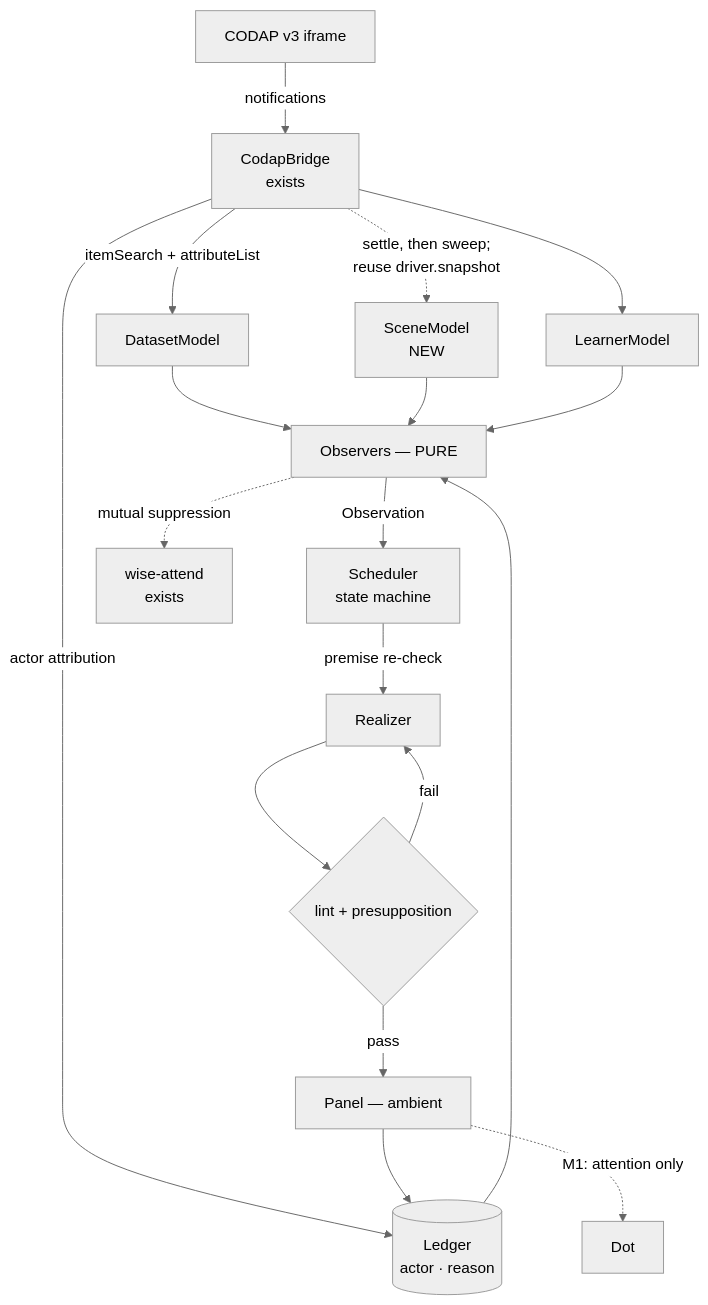
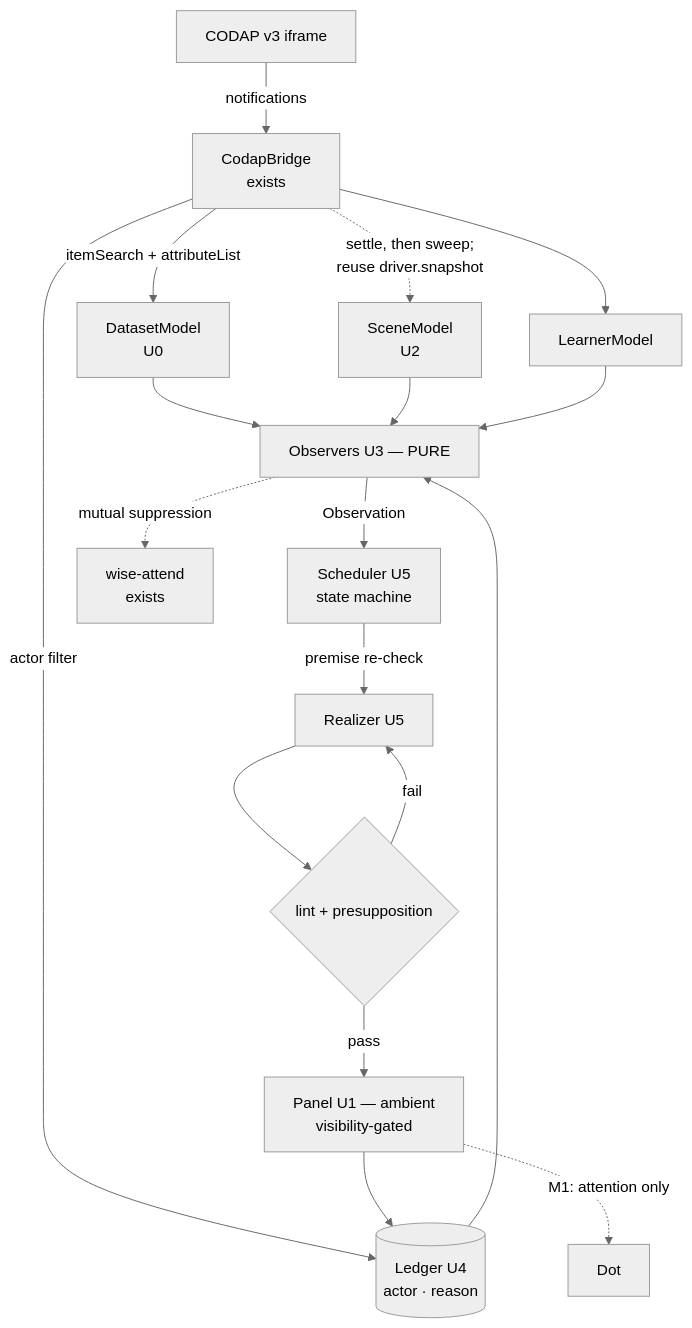
One commit to chaddorsey/codap-spirit-animal changed the diagram in docs/plans/2026-08-28-001-feat-wonderings-ambient-inquiry-plan.md. Above: the diagram before and after it, drawn with Mermaid (neutral theme). The commit also changed other lines of this file and 1 other file, not shown here.

````diff
--- a/docs/plans/2026-08-28-001-feat-wonderings-ambient-inquiry-plan.md
+++ b/docs/plans/2026-08-28-001-feat-wonderings-ambient-inquiry-plan.md
@@ -324,22 +331,22 @@
 ```mermaid
 flowchart TD
   CODAP[CODAP v3 iframe] -->|notifications| BR[CodapBridge<br/>exists]
   BR --> LM[LearnerModel]
-  BR -.->|"settle, then sweep;<br/>reuse driver.snapshot"| SM[SceneModel<br/>NEW]
-  BR -->|itemSearch + attributeList| DM[DatasetModel]
-  BR -->|actor attribution| LG
+  BR -.->|"settle, then sweep;<br/>reuse driver.snapshot"| SM[SceneModel<br/>U2]
+  BR -->|itemSearch + attributeList| DM[DatasetModel<br/>U0]
+  BR -->|actor filter| LG
 
   DM --> OBS
   SM --> OBS
   LM --> OBS
-  LG[(Ledger<br/>actor · reason)] --> OBS
+  LG[(Ledger U4<br/>actor · reason)] --> OBS
 
-  OBS[Observers — PURE] -->|Observation| SCH
-  SCH[Scheduler<br/>state machine] -->|premise re-check| RZ
-  RZ[Realizer] --> LINT{lint + presupposition}
-  LINT -->|pass| PANEL[Panel — ambient]
+  OBS[Observers U3 — PURE] -->|Observation| SCH
+  SCH[Scheduler U5<br/>state machine] -->|premise re-check| RZ
+  RZ[Realizer U5] --> LINT{lint + presupposition}
+  LINT -->|pass| PANEL[Panel U1 — ambient<br/>visibility-gated]
   LINT -->|fail| RZ
   PANEL --> LG
   PANEL -.->|M1: attention only| DOT[Dot]
   OBS -.->|mutual suppression| WA[wise-attend<br/>exists]
 ```
````
